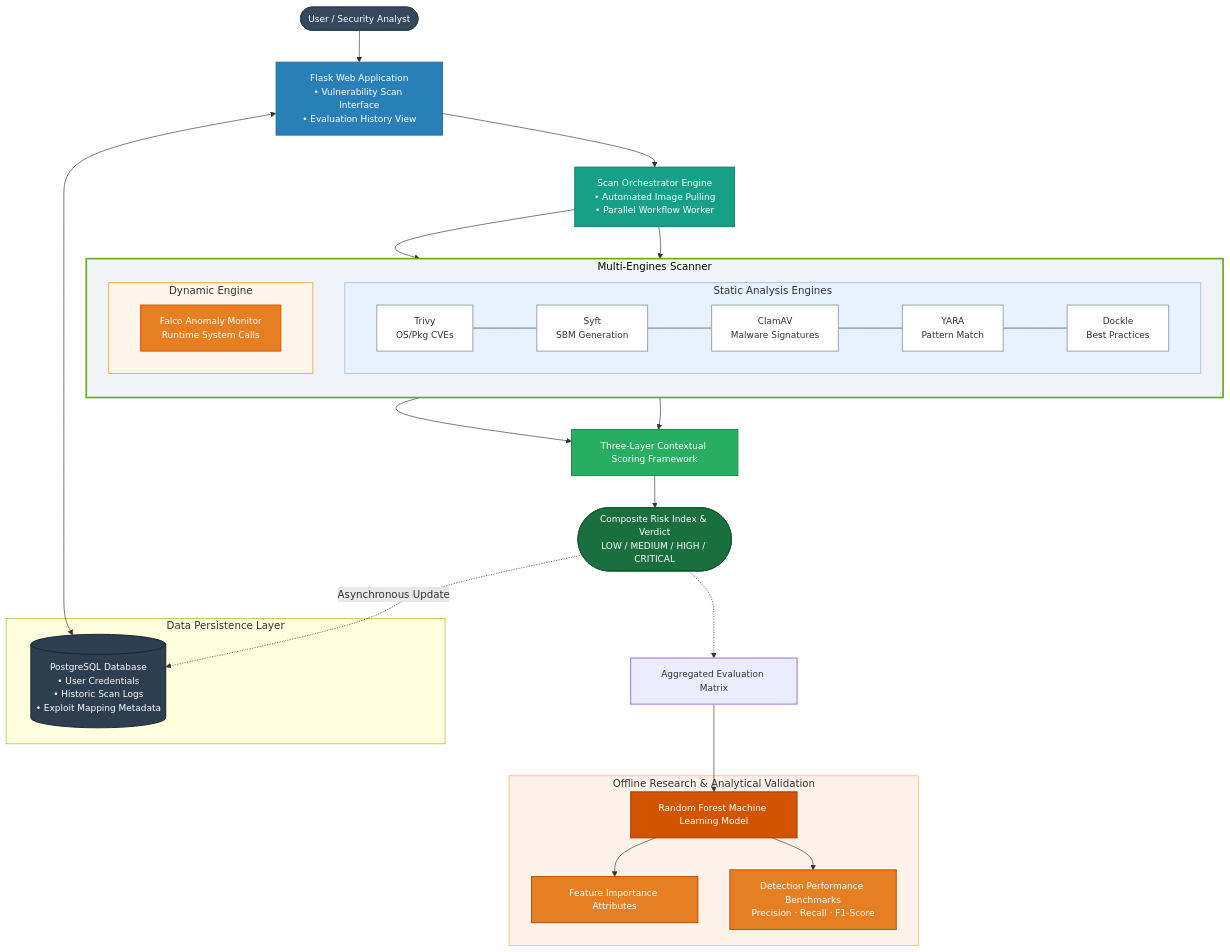
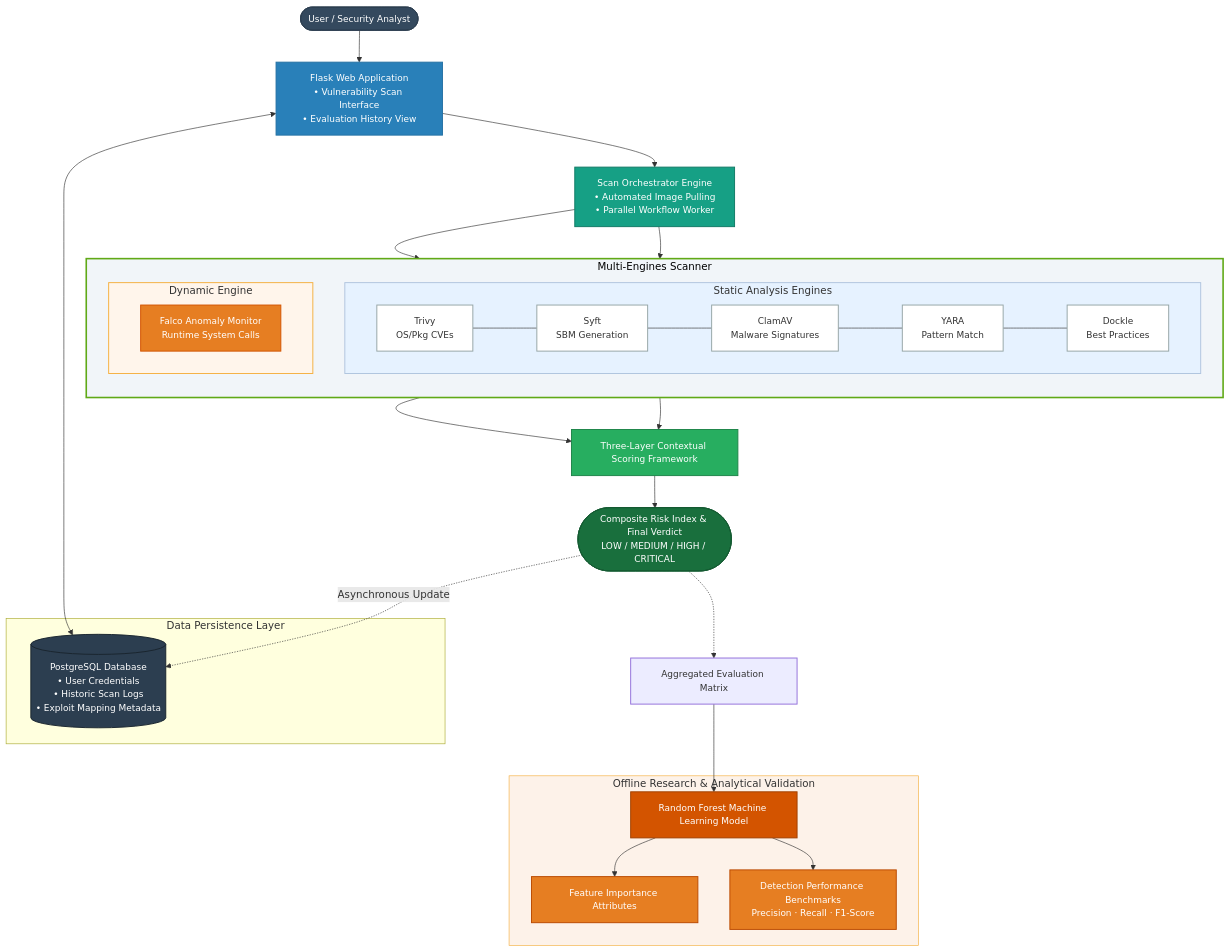
One commit to Dororo019/MalDockerScanner changed the diagram in README.md. Above: the diagram before and after it, drawn with Mermaid.

Commit message:
Update README to reflect changes in Verdict terminology

```diff
--- a/README.md
+++ b/README.md
@@ -84,7 +84,7 @@
     Orchestrator --> DynamicSuite
 
     Scoring[Three-Layer Contextual Scoring Framework]
-    Verdict([Composite Risk Index & Verdict<br>LOW / MEDIUM / HIGH / CRITICAL])
+    Verdict([Composite Risk Index & Final Verdict<br>LOW / MEDIUM / HIGH / CRITICAL])
 
     StaticSuite --> Scoring
     DynamicSuite --> Scoring
```
